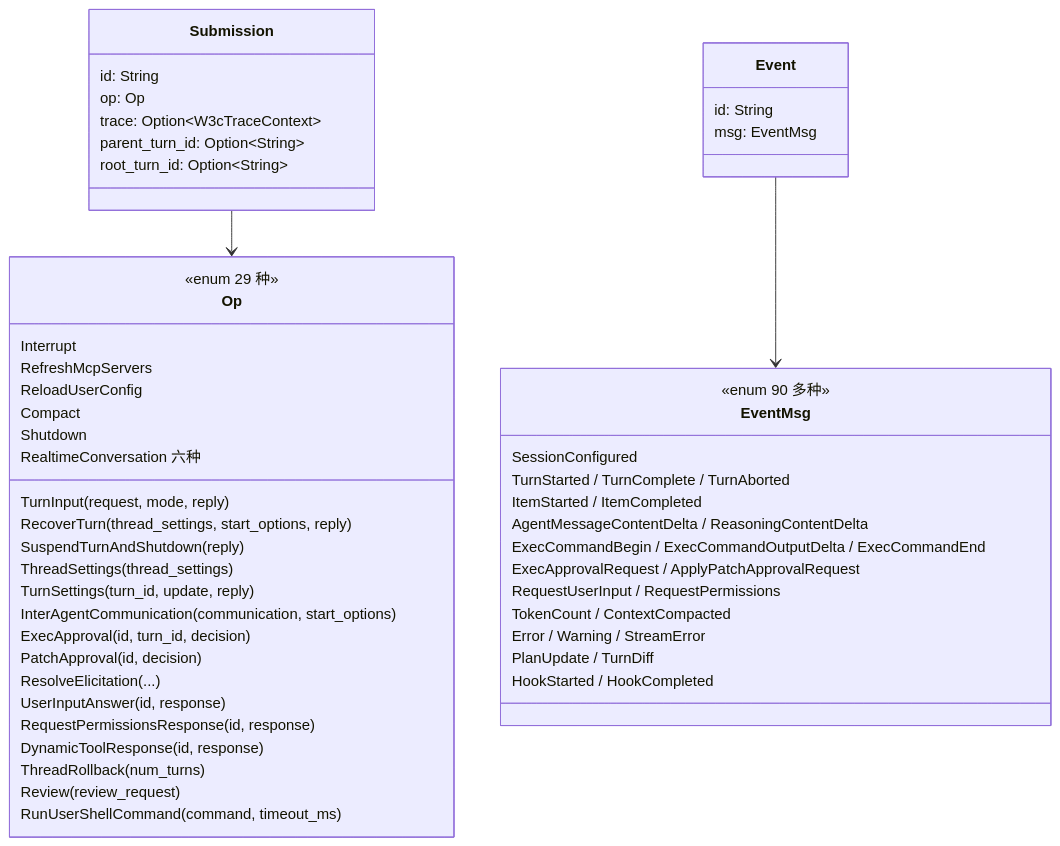
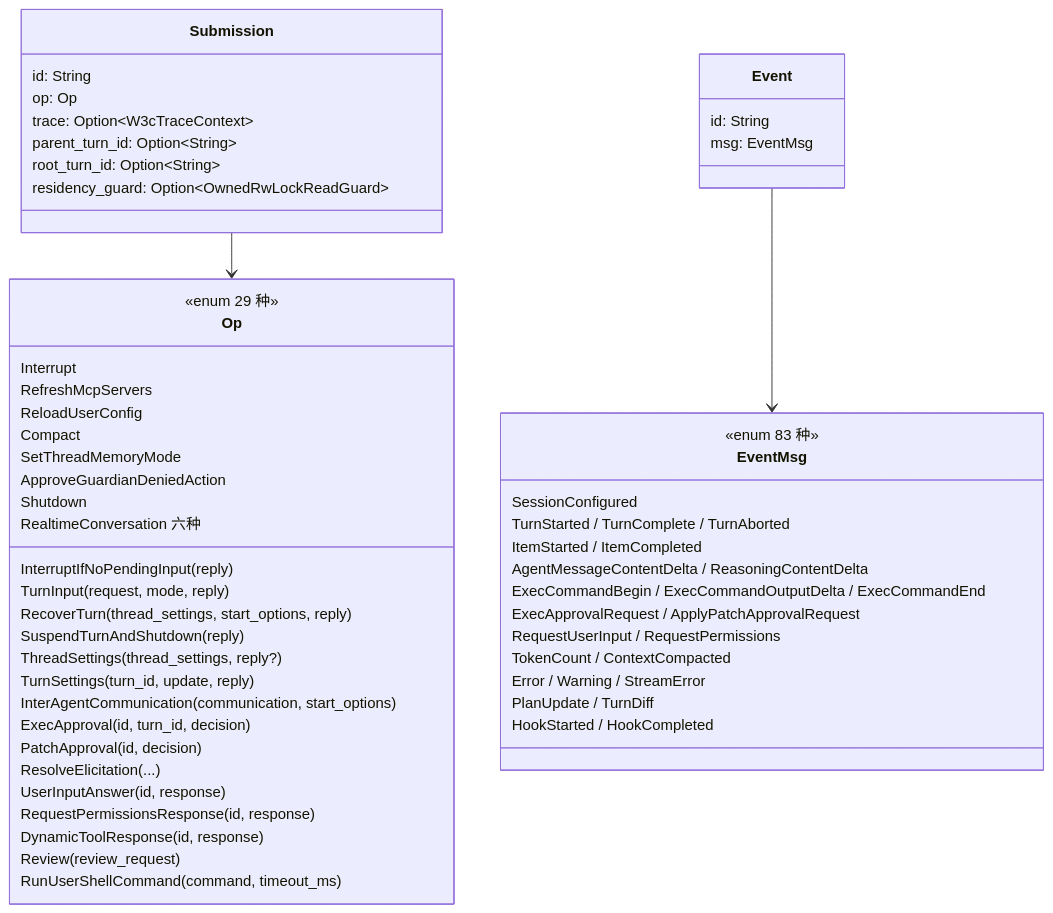
The seventh of 32 diagrams in src/content/post/agents-codex/index.md (nickqiaoo/nickqiaoo.github.io), drawn with Mermaid before and after one commit. The commit also changed other lines of this file and 2 other files, not shown here.

````diff
--- a/src/content/post/agents-codex/index.md
+++ b/src/content/post/agents-codex/index.md
@@ -455,54 +454,57 @@
 ```mermaid
 classDiagram
   class Submission {
     id: String
     op: Op
     trace: Option~W3cTraceContext~
     parent_turn_id: Option~String~
     root_turn_id: Option~String~
+    residency_guard: Option~OwnedRwLockReadGuard~
   }
   class Op {
     <<enum 29 种>>
     Interrupt
+    InterruptIfNoPendingInput(reply)
     TurnInput(request, mode, reply)
     RecoverTurn(thread_settings, start_options, reply)
     SuspendTurnAndShutdown(reply)
-    ThreadSettings(thread_settings)
+    ThreadSettings(thread_settings, reply?)
     TurnSettings(turn_id, update, reply)
     InterAgentCommunication(communication, start_options)
     ExecApproval(id, turn_id, decision)
     PatchApproval(id, decision)
     ResolveElicitation(...)
     UserInputAnswer(id, response)
     RequestPermissionsResponse(id, response)
     DynamicToolResponse(id, response)
     RefreshMcpServers
     ReloadUserConfig
     Compact
-    ThreadRollback(num_turns)
+    SetThreadMemoryMode
+    ApproveGuardianDeniedAction
     Review(review_request)
     Shutdown
     RunUserShellCommand(command, timeout_ms)
     RealtimeConversation 六种
   }
   class Event {
     id: String
     msg: EventMsg
   }
   class EventMsg {
-    <<enum 90 多种>>
+    <<enum 83 种>>
     SessionConfigured
     TurnStarted / TurnComplete / TurnAborted
     ItemStarted / ItemCompleted
     AgentMessageContentDelta / ReasoningContentDelta
     ExecCommandBegin / ExecCommandOutputDelta / ExecCommandEnd
     ExecApprovalRequest / ApplyPatchApprovalRequest
     RequestUserInput / RequestPermissions
     TokenCount / ContextCompacted
     Error / Warning / StreamError
     PlanUpdate / TurnDiff
     HookStarted / HookCompleted
   }
   Submission --> Op
   Event --> EventMsg
 ```
````
